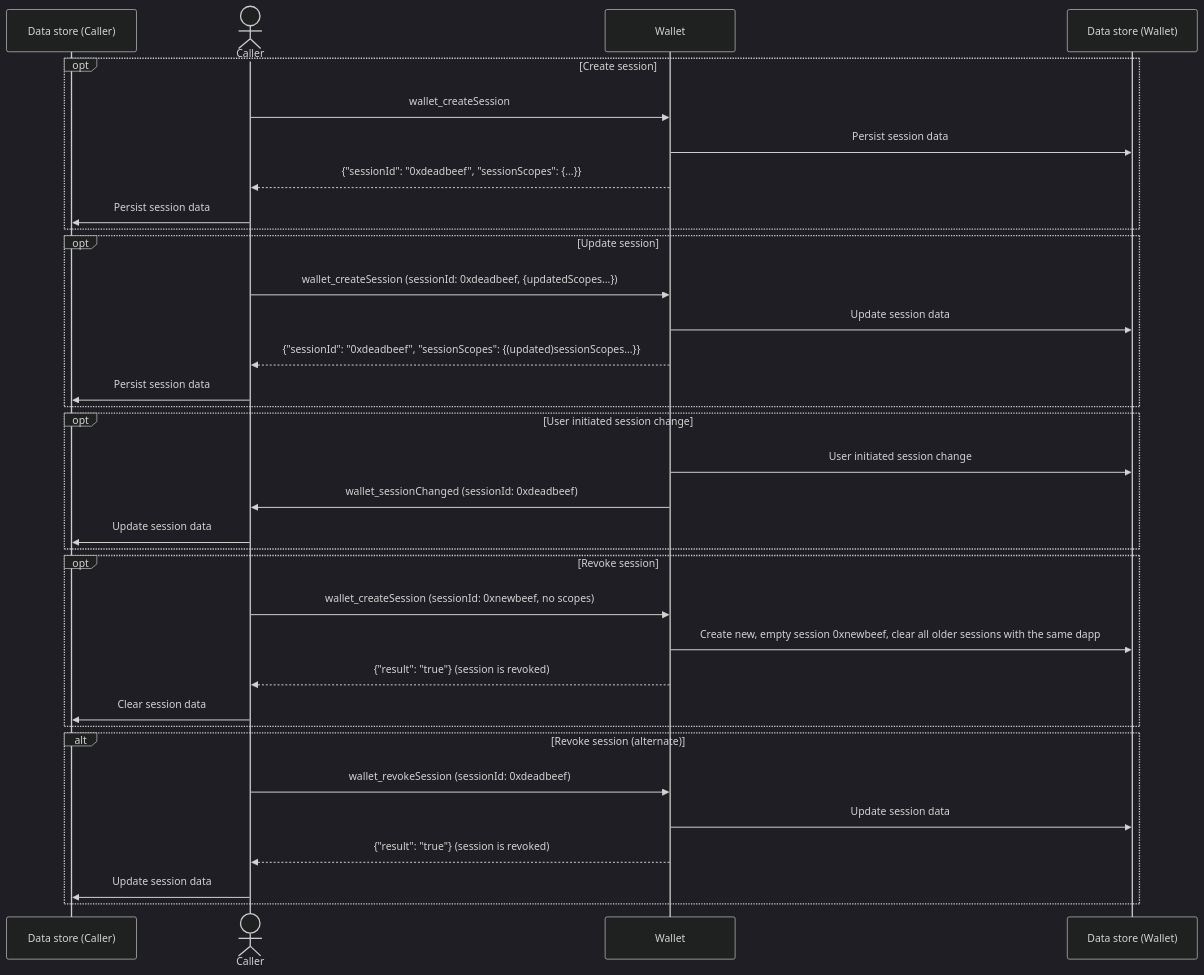
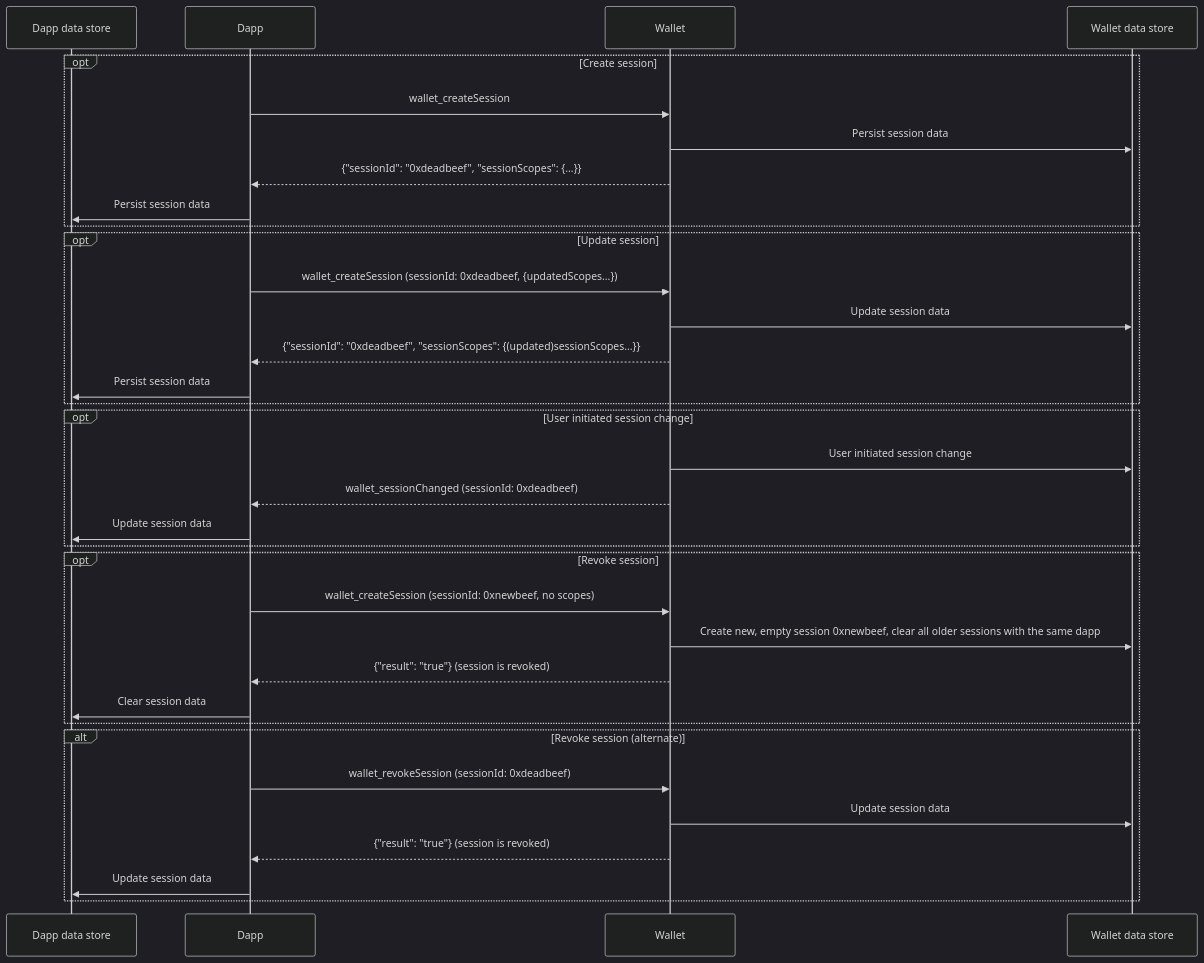
Before and after one commit to MetaMask/metamask-docs: the second of 2 diagrams in wallet/concepts/multichain-api.md, drawn with Mermaid (dark theme). The commit also changed other lines of this file and 3 other files, not shown here.

````diff
--- a/wallet/concepts/multichain-api.md
+++ b/wallet/concepts/multichain-api.md
@@ -86,50 +102,50 @@
 ```mermaid
 %%{
   init: {
     'sequence': {
       'actorMargin': 75,
       'width': 200
     }
   }
 }%%
 
 sequenceDiagram
-  participant CallerDataStore as Data store (Caller)
-  actor Caller
+  participant DappDataStore as Dapp data store
+  participant Dapp
   participant Wallet
-  participant WalletDataStore as Data store (Wallet)
+  participant WalletDataStore as Wallet data store
   
   opt Create session
-  Caller->>Wallet: wallet_createSession
+  Dapp->>Wallet: wallet_createSession
   Wallet->>WalletDataStore: Persist session data
-  Wallet-->>Caller: {"sessionId": "0xdeadbeef", "sessionScopes": {...}}
-  Caller->>CallerDataStore: Persist session data
+  Wallet-->>Dapp: {"sessionId": "0xdeadbeef", "sessionScopes": {...}}
+  Dapp->>DappDataStore: Persist session data
   end
   
   opt Update session
-  Caller->>Wallet: wallet_createSession (sessionId: 0xdeadbeef, {updatedScopes...})
+  Dapp->>Wallet: wallet_createSession (sessionId: 0xdeadbeef, {updatedScopes...})
   Wallet->>WalletDataStore: Update session data
-  Wallet-->>Caller: {"sessionId": "0xdeadbeef", "sessionScopes": {(updated)sessionScopes...}}
-  Caller->>CallerDataStore: Persist session data
+  Wallet-->>Dapp: {"sessionId": "0xdeadbeef", "sessionScopes": {(updated)sessionScopes...}}
+  Dapp->>DappDataStore: Persist session data
   end
   
   opt User initiated session change
   Wallet->>WalletDataStore: User initiated session change
-  Wallet->>Caller: wallet_sessionChanged (sessionId: 0xdeadbeef)
-  Caller->>CallerDataStore: Update session data
+  Wallet-->>Dapp: wallet_sessionChanged (sessionId: 0xdeadbeef)
+  Dapp->>DappDataStore: Update session data
   end
   
   opt Revoke session
-  Caller->>Wallet: wallet_createSession (sessionId: 0xnewbeef, no scopes)
+  Dapp->>Wallet: wallet_createSession (sessionId: 0xnewbeef, no scopes)
   Wallet->>WalletDataStore: Create new, empty session 0xnewbeef, clear all older sessions with the same dapp
-  Wallet-->>Caller: {"result": "true"} (session is revoked)
-  Caller->>CallerDataStore: Clear session data
+  Wallet-->>Dapp: {"result": "true"} (session is revoked)
+  Dapp->>DappDataStore: Clear session data
   end
   
   alt Revoke session (alternate)
-  Caller->>Wallet: wallet_revokeSession (sessionId: 0xdeadbeef)
+  Dapp->>Wallet: wallet_revokeSession (sessionId: 0xdeadbeef)
   Wallet->>WalletDataStore: Update session data
-  Wallet-->>Caller: {"result": "true"} (session is revoked)
-  Caller->>CallerDataStore: Update session data
+  Wallet-->>Dapp: {"result": "true"} (session is revoked)
+  Dapp->>DappDataStore: Update session data
   end
 ```
````
